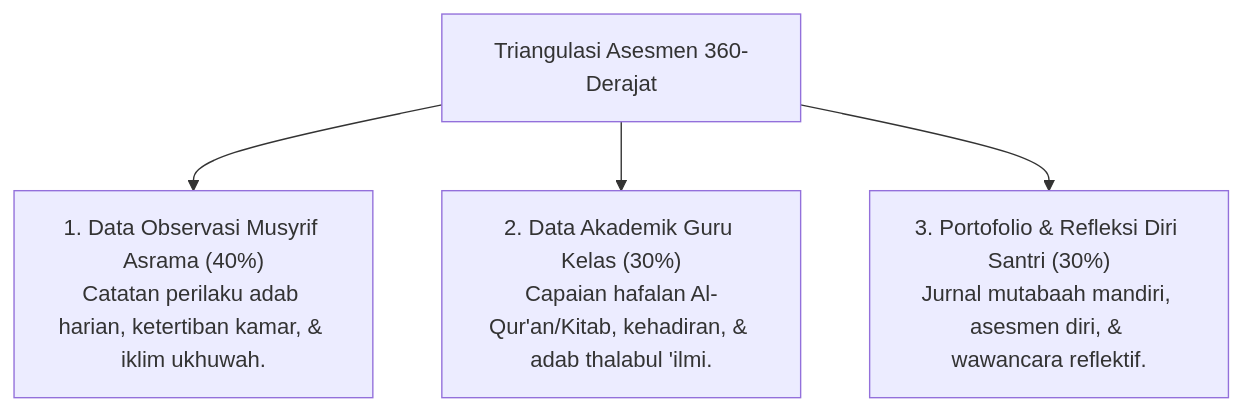
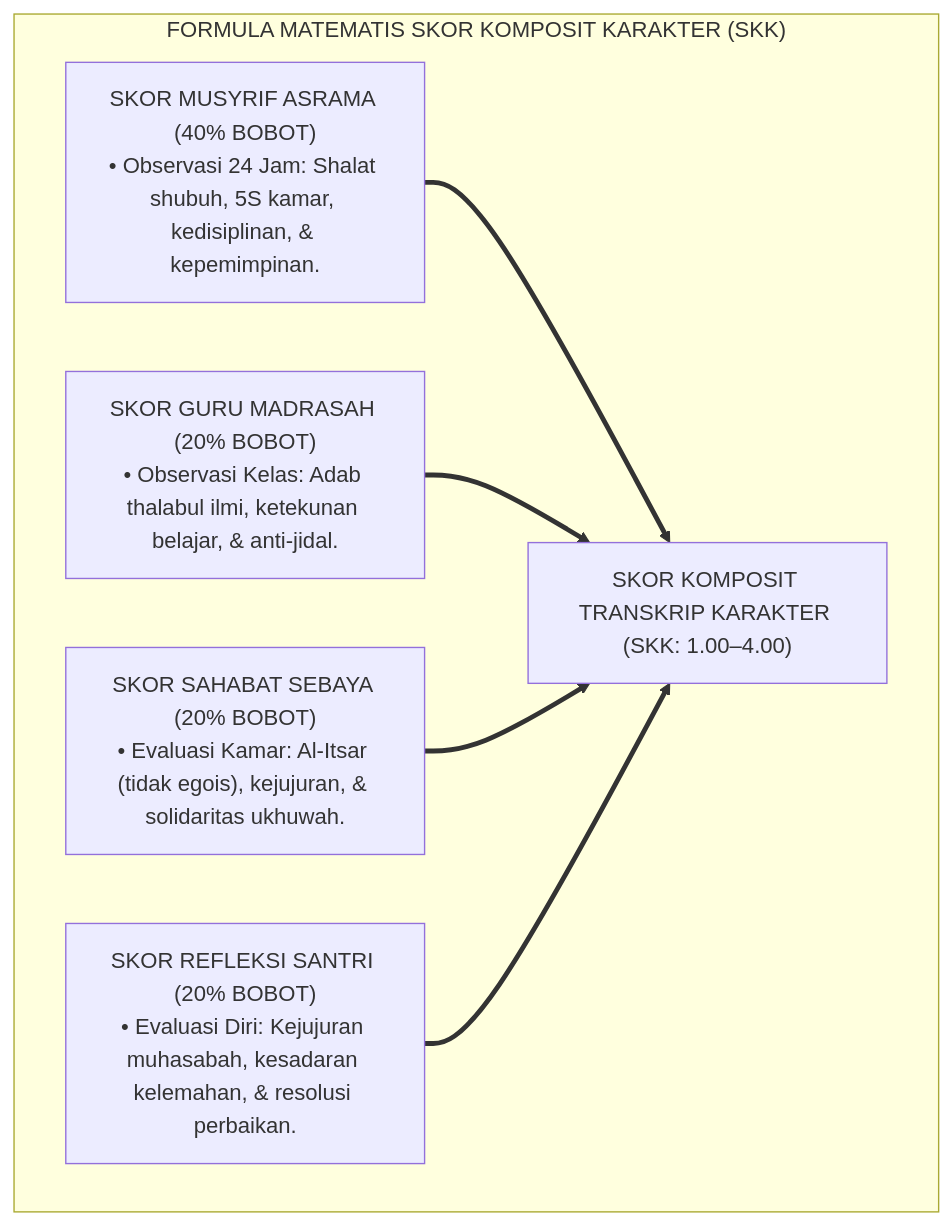
The sixth of 7 diagrams in 04 Progression Framework/05 Growth Milestones/P4-05-03-Rubrik-Triangulasi-Asesmen-Musyrif-Guru-Santri.md (wandiapriliyandi/tumbuh), drawn with Mermaid before and after one commit. The commit also changed other lines of this file and 6 other files, not shown here.

````diff
--- a/04 Progression Framework/05 Growth Milestones/P4-05-03-Rubrik-Triangulasi-Asesmen-Musyrif-Guru-Santri.md
+++ b/04 Progression Framework/05 Growth Milestones/P4-05-03-Rubrik-Triangulasi-Asesmen-Musyrif-Guru-Santri.md
@@ -14,7 +166,14 @@
 ```mermaid
-graph TD
-    Triangulation["Triangulasi Asesmen 360-Derajat"]
-    Triangulation --> MusyrifData["1. Data Observasi Musyrif Asrama (40%)<br/>Catatan perilaku adab harian, ketertiban kamar, & iklim ukhuwah."]
-    Triangulation --> GuruData["2. Data Akademik Guru Kelas (30%)<br/>Capaian hafalan Al-Qur'an/Kitab, kehadiran, & adab thalabul 'ilmi."]
-    Triangulation --> SantriData["3. Portofolio & Refleksi Diri Santri (30%)<br/>Jurnal mutabaah mandiri, asesmen diri, & wawancara reflektif."]
+flowchart TD
+    subgraph ArsitekturFormulaKomposit["FORMULA MATEMATIS SKOR KOMPOSIT KARAKTER (SKK)"]
+        SMusyrif["SKOR MUSYRIF ASRAMA (40% BOBOT)<br/>• Observasi 24 Jam: Shalat shubuh, 5S kamar, kedisiplinan, & kepemimpinan."]
+        
+        SGuru["SKOR GURU MADRASAH (20% BOBOT)<br/>• Observasi Kelas: Adab thalabul ilmi, ketekunan belajar, & anti-jidal."]
+        
+        SPeer["SKOR SAHABAT SEBAYA (20% BOBOT)<br/>• Evaluasi Kamar: Al-Itsar (tidak egois), kejujuran, & solidaritas ukhuwah."]
+        
+        SSelf["SKOR REFLEKSI SANTRI (20% BOBOT)<br/>• Evaluasi Diri: Kejujuran muhasabah, kesadaran kelemahan, & resolusi perbaikan."]
+        
+        SMusyrif & SGuru & SPeer & SSelf ==> SKK["SKOR KOMPOSIT TRANSKRIP KARAKTER (SKK: 1.00–4.00)"]
+    end
 ```
````
